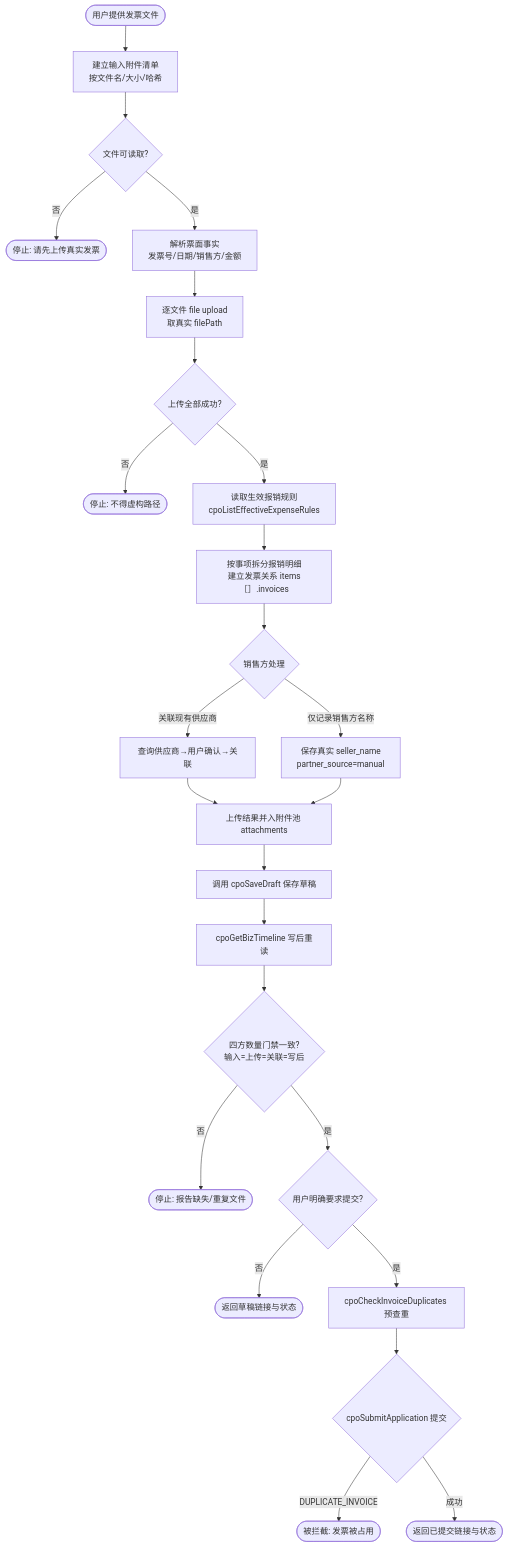
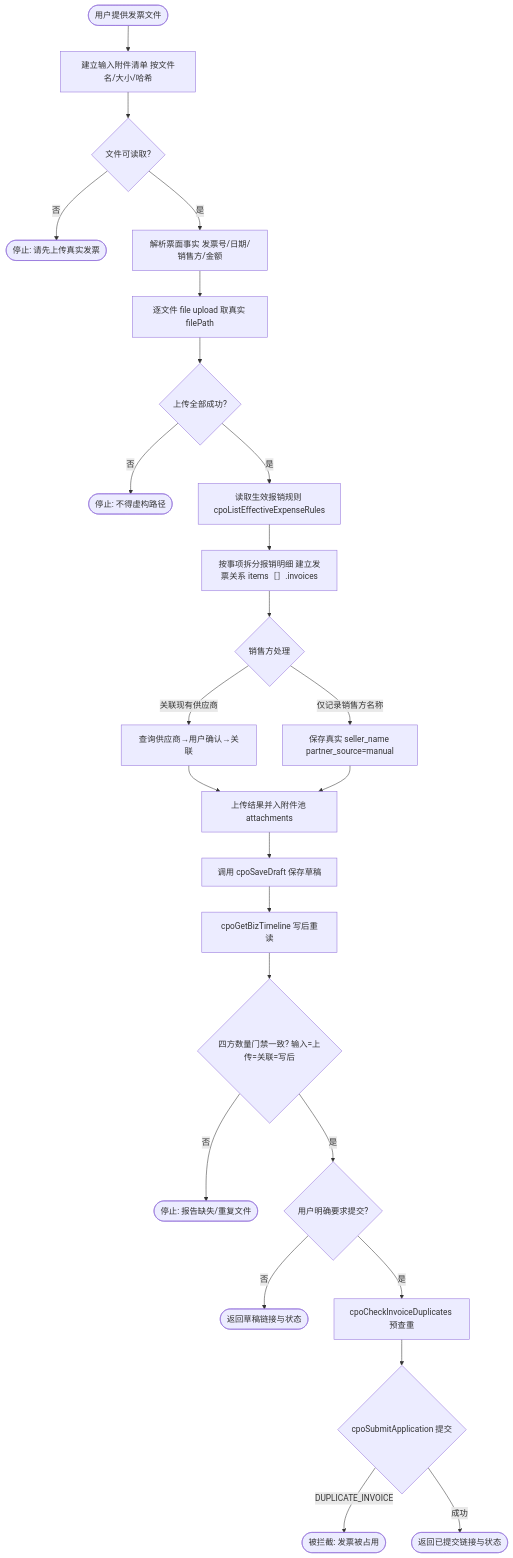
Before and after one commit to lovrabet/ei-demo: the diagram in .agents/skills/cpo-expense-application/SKILL.md, drawn with Mermaid. The commit also changed 8 other files, not shown here.

Commit message:
feat: 侧边栏菜单移除飞书消息通知；skill 流程图去掉平台不支持的 br 换行标签

````diff
--- a/.agents/skills/cpo-expense-application/SKILL.md
+++ b/.agents/skills/cpo-expense-application/SKILL.md
@@ -14,27 +14,27 @@
 ```mermaid
 flowchart TD
-  Start([用户提供发票文件]) --> L1[建立输入附件清单<br/>按文件名/大小/哈希]
+  Start([用户提供发票文件]) --> L1[建立输入附件清单 按文件名/大小/哈希]
   L1 --> L2{文件可读取?}
   L2 -- 否 --> Stop1([停止: 请先上传真实发票])
-  L2 -- 是 --> L3[解析票面事实<br/>发票号/日期/销售方/金额]
-  L3 --> L4[逐文件 file upload<br/>取真实 filePath]
+  L2 -- 是 --> L3[解析票面事实 发票号/日期/销售方/金额]
+  L3 --> L4[逐文件 file upload 取真实 filePath]
   L4 --> L5{上传全部成功?}
   L5 -- 否 --> Stop2([停止: 不得虚构路径])
-  L5 -- 是 --> L6[读取生效报销规则<br/>cpoListEffectiveExpenseRules]
-  L6 --> L7[按事项拆分报销明细<br/>建立发票关系 items［］.invoices]
+  L5 -- 是 --> L6[读取生效报销规则 cpoListEffectiveExpenseRules]
+  L6 --> L7[按事项拆分报销明细 建立发票关系 items［］.invoices]
   L7 --> L8{销售方处理}
   L8 -- 关联现有供应商 --> L9a[查询供应商→用户确认→关联]
-  L8 -- 仅记录销售方名称 --> L9b[保存真实 seller_name<br/>partner_source=manual]
+  L8 -- 仅记录销售方名称 --> L9b[保存真实 seller_name partner_source=manual]
   L9a --> L10[上传结果并入附件池 attachments]
   L9b --> L10
   L10 --> L11[调用 cpoSaveDraft 保存草稿]
   L11 --> L12[cpoGetBizTimeline 写后重读]
-  L12 --> L13{四方数量门禁一致?<br/>输入=上传=关联=写后}
+  L12 --> L13{四方数量门禁一致? 输入=上传=关联=写后}
   L13 -- 否 --> Stop3([停止: 报告缺失/重复文件])
   L13 -- 是 --> L14{用户明确要求提交?}
   L14 -- 否 --> E1([返回草稿链接与状态])
   L14 -- 是 --> L15[cpoCheckInvoiceDuplicates 预查重]
   L15 --> L16{cpoSubmitApplication 提交}
   L16 -- DUPLICATE_INVOICE --> Stop4([被拦截: 发票被占用])
   L16 -- 成功 --> E2([返回已提交链接与状态])
 ```
````
